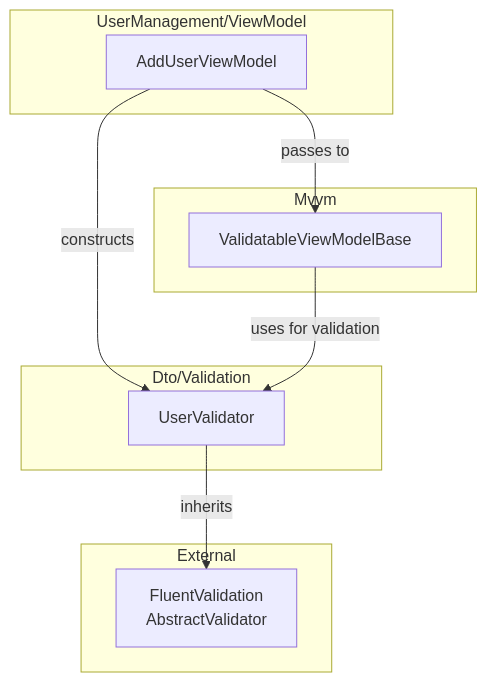
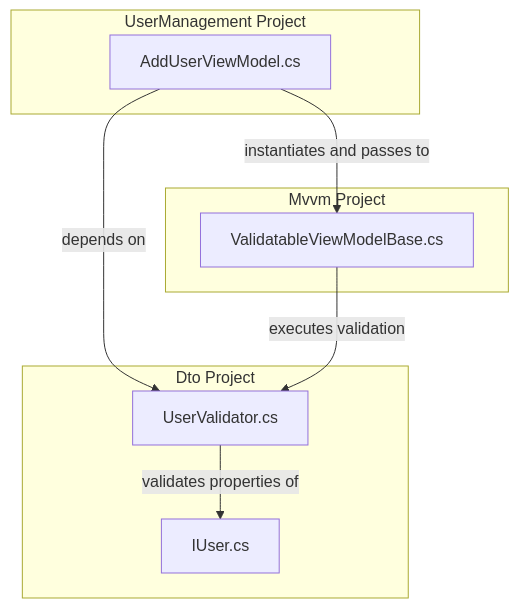
The diagram in doc/Dto/Validation.md (wetzlmaier-scch/mvvm), drawn with Mermaid before and after one commit. The commit also changed other lines of this file and 132 other files, not shown here.

````diff
--- a/doc/Dto/Validation.md
+++ b/doc/Dto/Validation.md
@@ -17,23 +17,20 @@
 ```mermaid
 flowchart TD
-    subgraph "Dto/Validation"
-        UV[UserValidator]
+    subgraph "Dto Project"
+        IUser["IUser.cs"]
+        UV["UserValidator.cs"]
     end
     
-    subgraph "External"
-        FL[FluentValidation<br/>AbstractValidator]
+    subgraph "Mvvm Project"
+        VB["ValidatableViewModelBase.cs"]
     end
     
-    subgraph "UserManagement/ViewModel"
-        AVVM[AddUserViewModel]
-    end
-    
-    subgraph "Mvvm"
-        VB[ValidatableViewModelBase]
+    subgraph "UserManagement Project"
+        AUV["AddUserViewModel.cs"]
     end
 
-    UV -->|inherits| FL
-    AVVM -->|constructs| UV
-    AVVM -->|passes to| VB
-    VB -->|uses for validation| UV
+    AUV -->|instantiates and passes to| VB
+    AUV -->|depends on| UV
+    VB -->|executes validation| UV
+    UV -->|validates properties of| IUser
 ```
````
